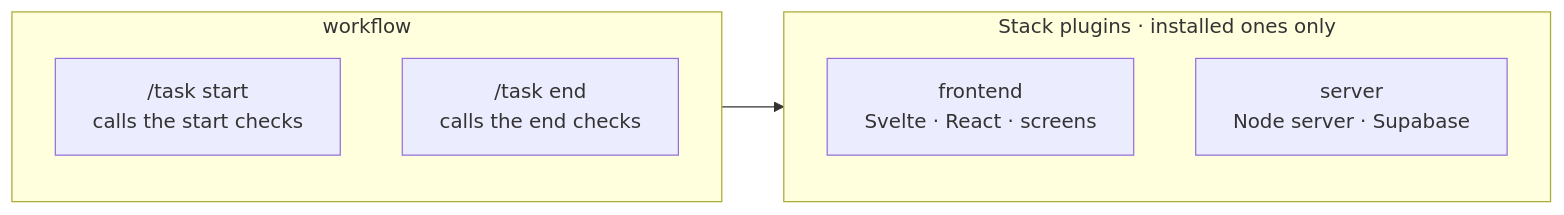
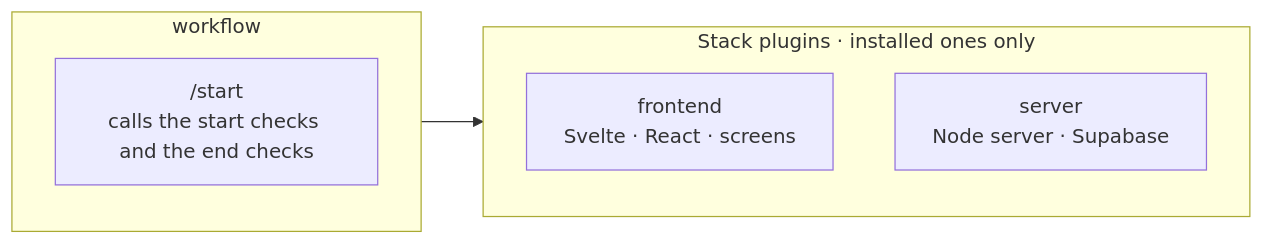
The second of 2 diagrams in README.en.md (JiHoon777/j-dev-kit), drawn with Mermaid before and after one commit. The commit also changed other lines of this file and 240 other files, not shown here.

First line of the commit message:
feat(workflow): task 스킬을 backlog 와 start 로 나누고, 계획 승인과 superpowers 를 떼고, pstack 원칙·스킬·플레이북을 들인다 (016)

````diff
--- a/README.en.md
+++ b/README.en.md
@@ -31,12 +30,11 @@
 ```mermaid
 flowchart LR
   subgraph wf["workflow"]
-    S["/task start<br/>calls the start checks"]
-    E["/task end<br/>calls the end checks"]
+    S["/start<br/>calls the start checks and the end checks"]
   end
   subgraph stack["Stack plugins · installed ones only"]
     F["frontend<br/>Svelte · React · screens"]
     V["server<br/>Node server · Supabase"]
   end
   wf --> stack
 ```
````
